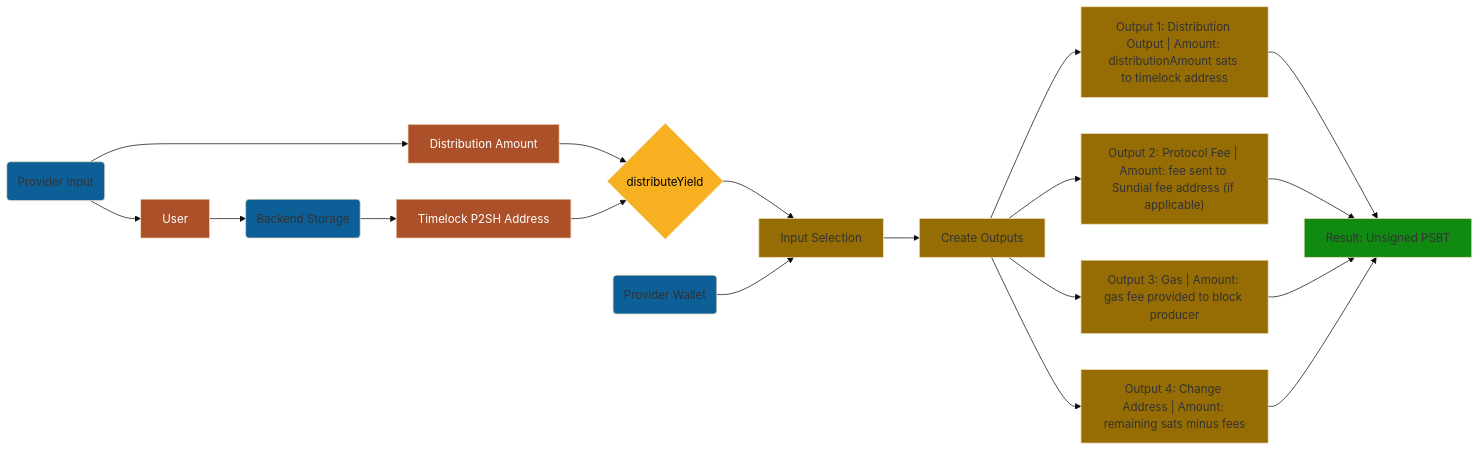
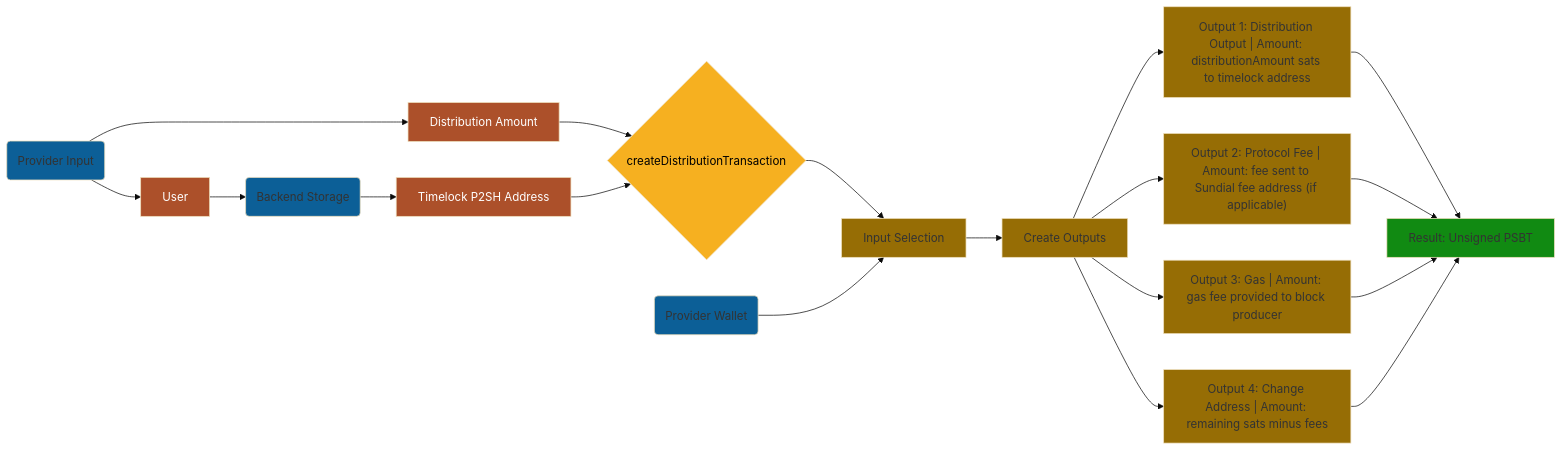
One commit to sundial-protocol/btc-locker changed the third of 4 diagrams in spec/v0/user-stories.md. Above: the diagram before and after it, drawn with Mermaid (base theme). The commit also changed other lines of this file and 21 other files, not shown here.

````diff
--- a/spec/v0/user-stories.md
+++ b/spec/v0/user-stories.md
@@ -176,38 +176,38 @@
 ```mermaid
 flowchart LR
     Wallet(Provider Wallet)
     Input(Provider Input) --> User
     Input --> Amount[Distribution Amount]
 
-    Amount --> MkTx{distributeYield}
+    Amount --> MkTx{createDistributionTransaction}
     User --> Backend(Backend Storage)
 
     Backend --> P2SH[Timelock P2SH Address]
     P2SH --> MkTx
 
     MkTx --> Selection[Input Selection]
     Wallet --> Selection
     Selection --> Creation[Create Outputs]
 
     Creation --> O1["Output 1: Distribution Output | Amount: distributionAmount sats to timelock address"]
     Creation --> O2["Output 2: Protocol Fee | Amount: fee sent to Sundial fee address (if applicable)"]
     Creation --> O3["Output 3: Gas | Amount: gas fee provided to block producer"]
     Creation --> O4["Output 4: Change Address | Amount: remaining sats minus fees"]
 
     O1 --> Result[Result: Unsigned PSBT]
     O2 --> Result
     O3 --> Result
     O4 --> Result
 
     classDef actor fill:#0c5f97
     classDef methodStep fill:#966D05
     classDef result fill:#118a12
     classDef input fill:#ac502a,color:#fff
     classDef method fill:#F6B020,color:#000
 
     class Wallet,Input,Backend actor
     class Selection,Creation,O1,O2,O3,O4 methodStep
     class Result result
     class MkTx method
     class Amount,User,P2SH input
 ```
````
